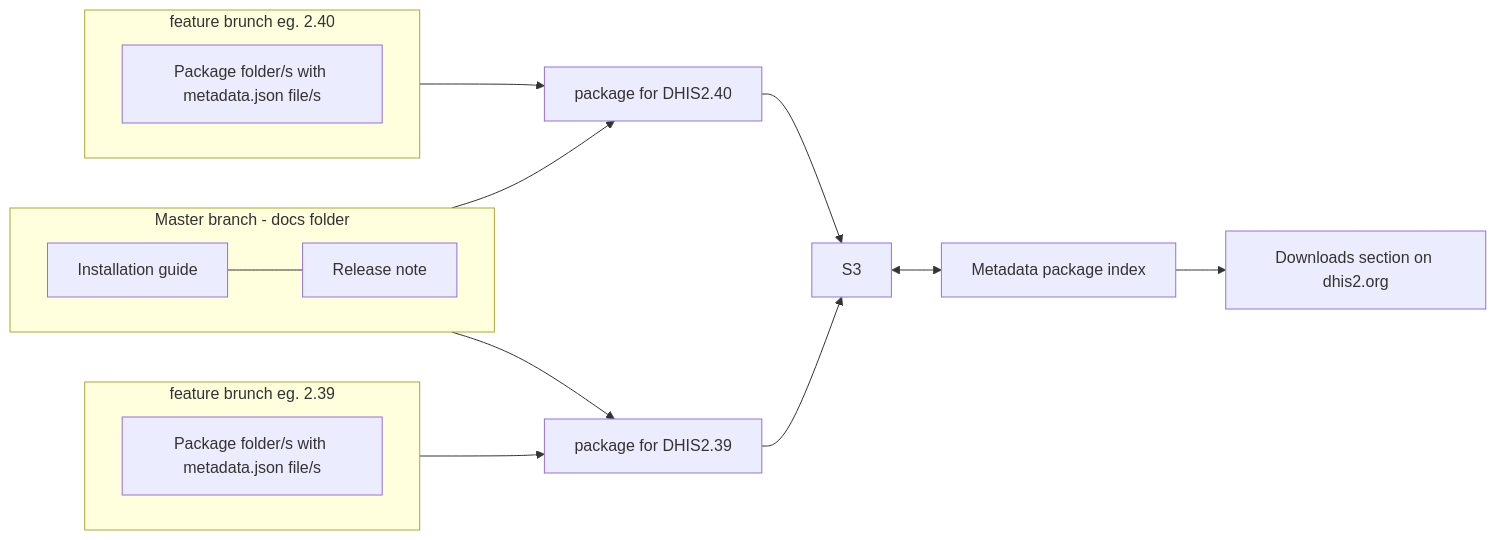
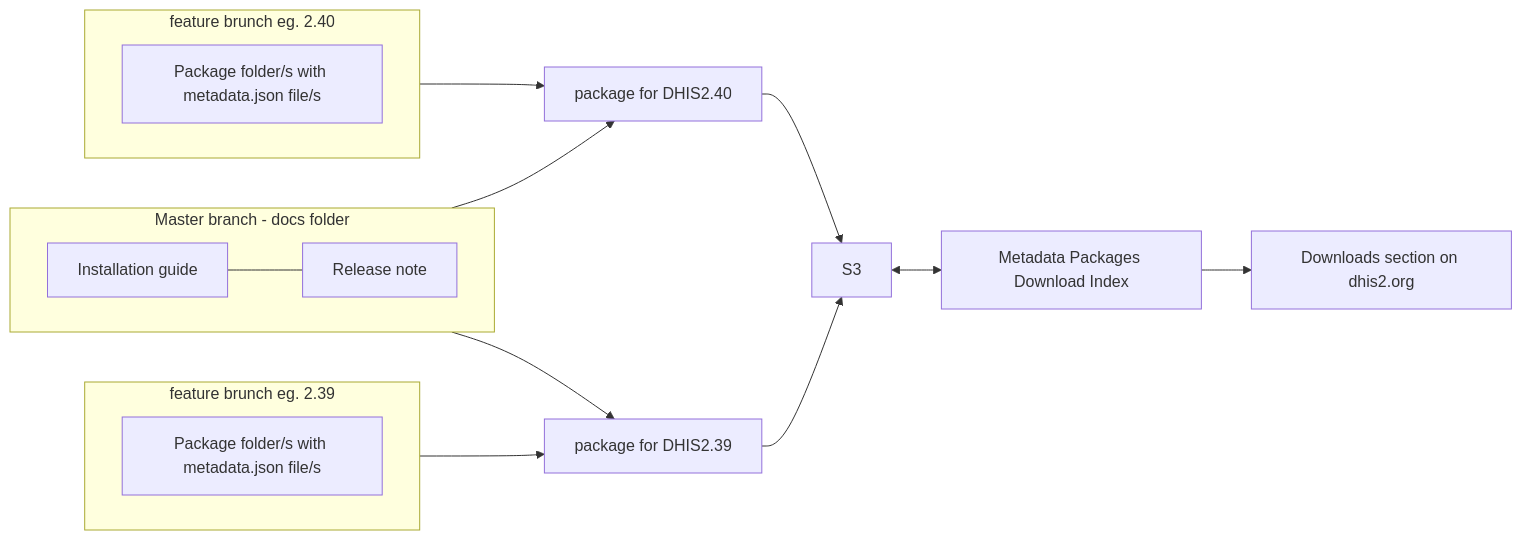
The second of 2 diagrams in docs/README.md (dhis2/metadata-package-development), drawn with Mermaid before and after one commit. The commit also changed other lines of this file, not shown here.

````diff
--- a/docs/README.md
+++ b/docs/README.md
@@ -229,23 +231,23 @@
 ``` mermaid
     %%{init: {'mirrorActors': false } }%%
 
 flowchart LR
     subgraph 1[Master branch - docs folder]
         direction LR
         left2[Installation guide] --- right1[Release note]
     end
     subgraph 2[feature brunch eg. 2.40]
         direction LR
         left1[Package folder/s with metadata.json file/s]
     end
     subgraph 3[feature brunch eg. 2.39]
         direction LR
         left3[Package folder/s with metadata.json file/s]
     end
     2 --> 4[package for DHIS2.40] --> 6[S3]
     1 --> 4
-    6[S3] <--> 7[Metadata package index]
+    6[S3] <--> 7[Metadata Packages Download Index]
     1 --> 5[package for DHIS2.39] --> 6[S3]
     3 --> 5
     7 --> 8[Downloads section on dhis2.org]
 ```
````
